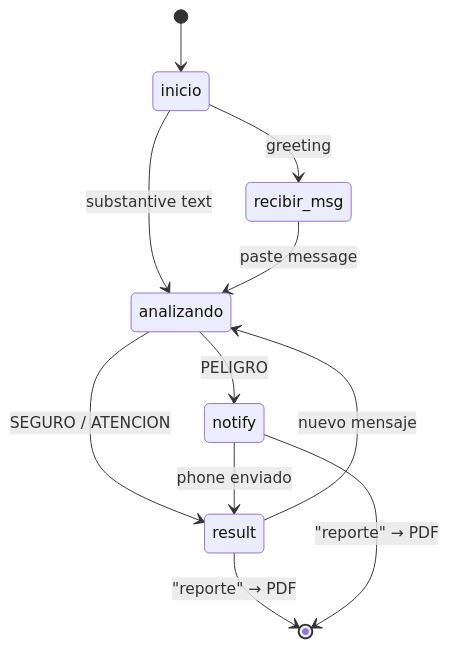
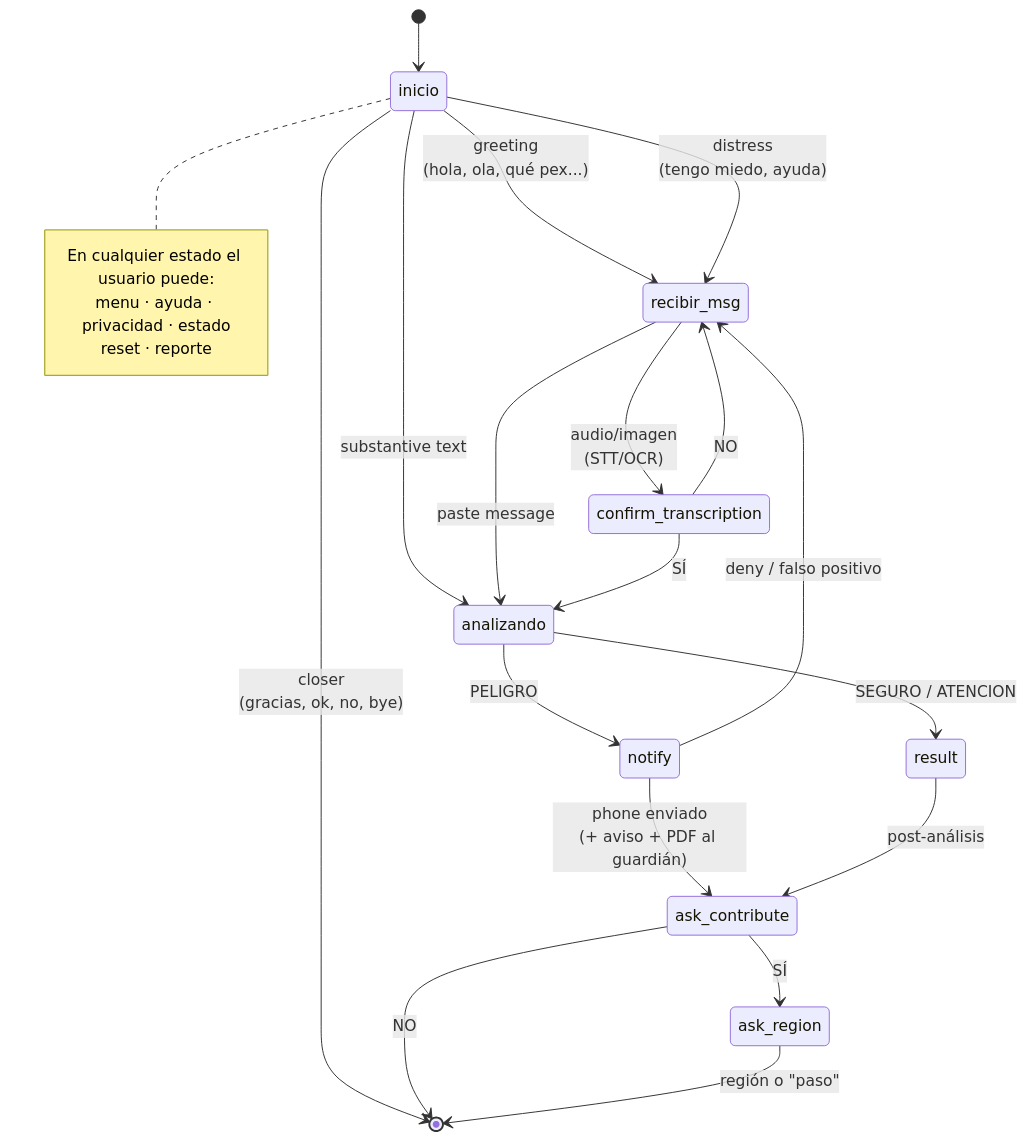
Before and after one commit to startuplab-mx/HCKMX26-1776651006: the second of 4 diagrams in docs/arquitectura.md, drawn with Mermaid. The commit also changed other lines of this file and 3 other files, not shown here.

````diff
--- a/docs/arquitectura.md
+++ b/docs/arquitectura.md
@@ -42,13 +57,32 @@
 ```mermaid
 stateDiagram-v2
     [*] --> inicio
-    inicio --> recibir_msg: greeting
+    inicio --> recibir_msg: greeting<br/>(hola, ola, qué pex...)
     inicio --> analizando: substantive text
+    inicio --> [*]: closer<br/>(gracias, ok, no, bye)
+    inicio --> recibir_msg: distress<br/>(tengo miedo, ayuda)
+
     recibir_msg --> analizando: paste message
+    recibir_msg --> confirm_transcription: audio/imagen<br/>(STT/OCR)
+    confirm_transcription --> analizando: SÍ
+    confirm_transcription --> recibir_msg: NO
+
     analizando --> result: SEGURO / ATENCION
     analizando --> notify: PELIGRO
-    notify --> result: phone enviado
-    result --> analizando: nuevo mensaje
-    result --> [*]: "reporte" → PDF
-    notify --> [*]: "reporte" → PDF
+
+    notify --> ask_contribute: phone enviado<br/>(+ aviso + PDF al guardián)
+    notify --> recibir_msg: deny / falso positivo
+
+    result --> ask_contribute: post-análisis
+    ask_contribute --> ask_region: SÍ
+    ask_contribute --> [*]: NO
+
+    ask_region --> [*]: región o "paso"
+
+    %% Universal commands intercept ALL states:
+    note right of inicio
+        En cualquier estado el usuario puede:
+        menu · ayuda · privacidad · estado
+        reset · reporte
+    end note
 ```
````
